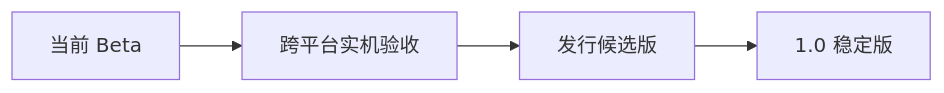
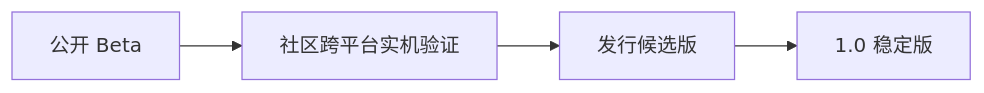
The diagram in ROADMAP.md (qq940500529/secretbridge), drawn with Mermaid before and after one commit. The commit also changed other lines of this file and 31 other files, not shown here.

First line of the commit message:
feat: publish bilingual Beta consent and feedback flow (#89)

````diff
--- a/ROADMAP.md
+++ b/ROADMAP.md
@@ -11,6 +11,6 @@
 ```mermaid
 flowchart LR
-    A["当前 Beta"] --> B["跨平台实机验收"]
+    A["公开 Beta"] --> B["社区跨平台实机验证"]
     B --> C["发行候选版"]
     C --> D["1.0 稳定版"]
 ```
````
